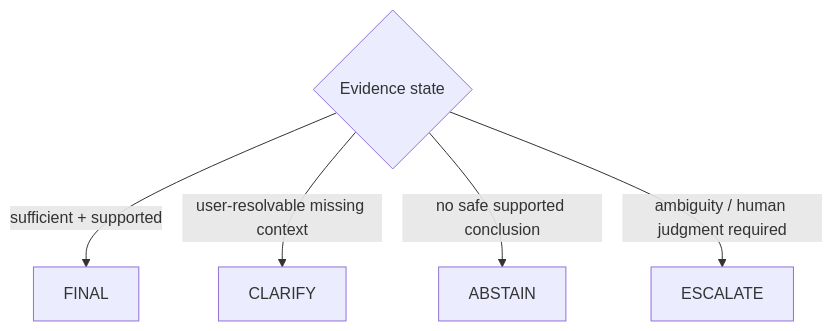
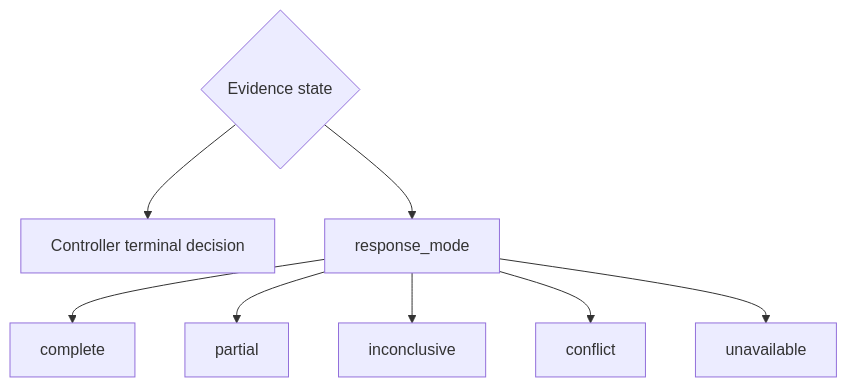
The seventh of 12 diagrams in docs/presentation/ARCHITECTURE-OVERLAYS.md (pablo-marchina/academy-tractian), drawn with Mermaid before and after one commit. The commit also changed other lines of this file and 5 other files, not shown here.

````diff
--- a/docs/presentation/ARCHITECTURE-OVERLAYS.md
+++ b/docs/presentation/ARCHITECTURE-OVERLAYS.md
@@ -159,13 +133,19 @@
 ```mermaid
 flowchart TB
     E{Evidence state}
-    F[FINAL]
-    C[CLARIFY]
-    A[ABSTAIN]
-    S[ESCALATE]
+    D[Controller terminal decision]
+    M[response_mode]
+    C[complete]
+    P[partial]
+    I[inconclusive]
+    X[conflict]
+    U[unavailable]
 
-    E -->|sufficient + supported| F
-    E -->|user-resolvable missing context| C
-    E -->|no safe supported conclusion| A
-    E -->|ambiguity / human judgment required| S
+    E --> D
+    E --> M
+    M --> C
+    M --> P
+    M --> I
+    M --> X
+    M --> U
 ```
````
